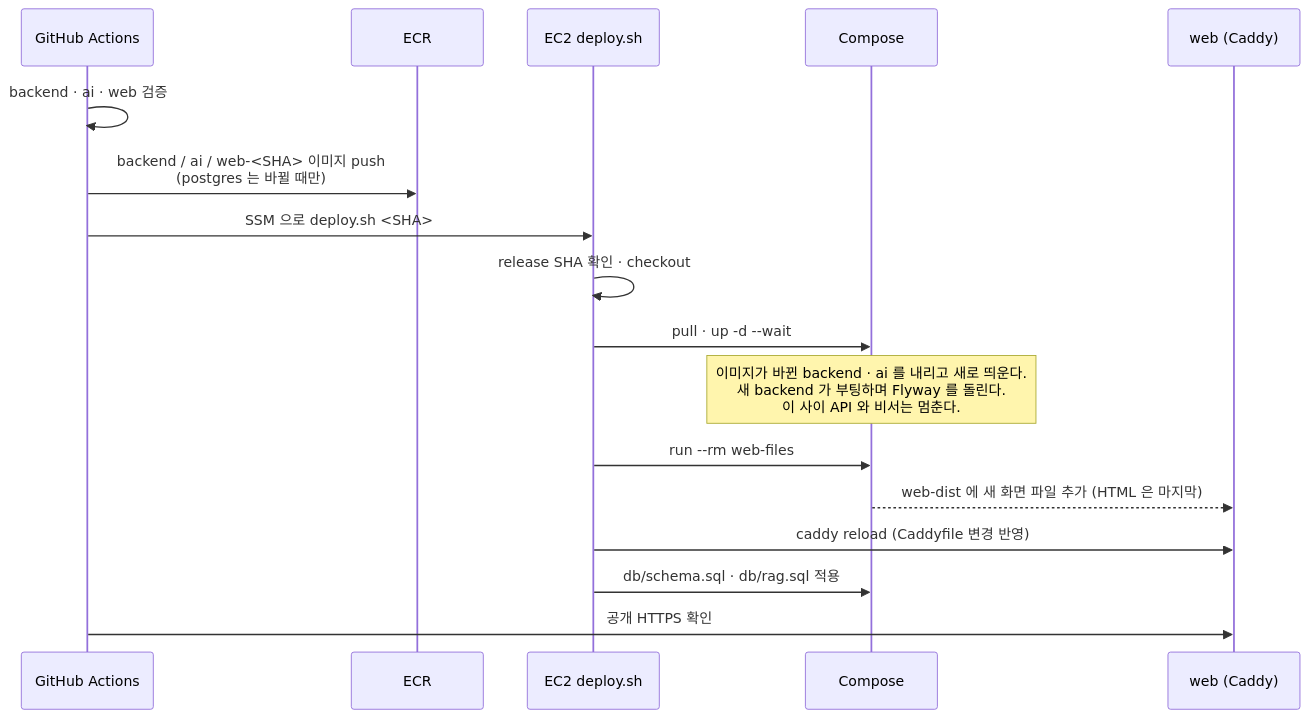
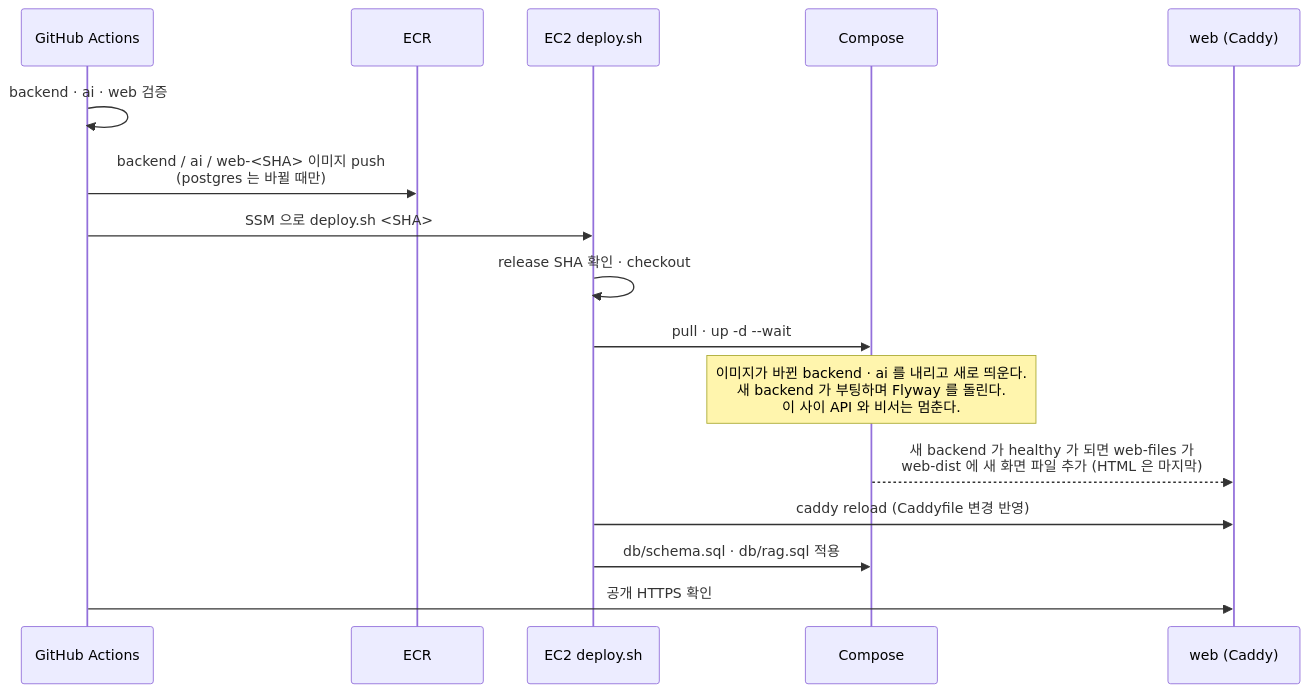
One commit to kakaotechcampus-4/ktc4-pusan-4 changed the second of 2 diagrams in docs/deployment.md. Above: the diagram before and after it, drawn with Mermaid. The commit also changed other lines of this file and 2 other files, not shown here.

````diff
--- a/docs/deployment.md
+++ b/docs/deployment.md
@@ -51,20 +51,19 @@
 ```mermaid
 sequenceDiagram
     participant GH as GitHub Actions
     participant ECR
     participant SH as EC2 deploy.sh
     participant C as Compose
     participant W as web (Caddy)
 
     GH->>GH: backend · ai · web 검증
     GH->>ECR: backend / ai / web-<SHA> 이미지 push<br/>(postgres 는 바뀔 때만)
     GH->>SH: SSM 으로 deploy.sh <SHA>
     SH->>SH: release SHA 확인 · checkout
     SH->>C: pull · up -d --wait
     Note over C: 이미지가 바뀐 backend · ai 를 내리고 새로 띄운다.<br/>새 backend 가 부팅하며 Flyway 를 돌린다.<br/>이 사이 API 와 비서는 멈춘다.
-    SH->>C: run --rm web-files
-    C-->>W: web-dist 에 새 화면 파일 추가 (HTML 은 마지막)
+    C-->>W: 새 backend 가 healthy 가 되면 web-files 가<br/>web-dist 에 새 화면 파일 추가 (HTML 은 마지막)
     SH->>W: caddy reload (Caddyfile 변경 반영)
     SH->>C: db/schema.sql · db/rag.sql 적용
     GH->>W: 공개 HTTPS 확인
 ```
````
